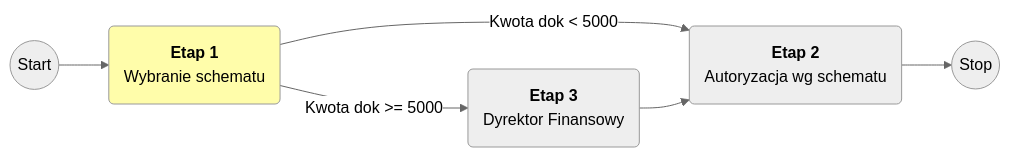
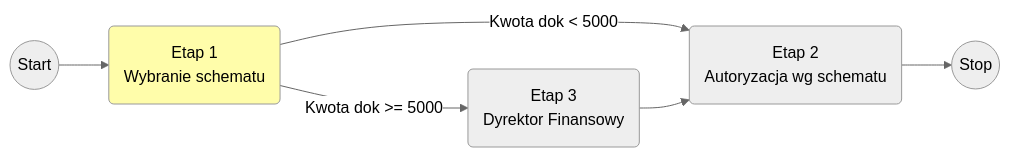
Before and after one commit to altabsa/SPUMA_Inf: the seventh of 9 diagrams in _docs/manual-reference.md, drawn with Mermaid (neutral theme). The commit also changed other lines of this file, not shown here.

````diff
--- a/_docs/manual-reference.md
+++ b/_docs/manual-reference.md
@@ -1488,9 +1489,9 @@
-```mermaid
-graph LR;
-start((Start))-->A(<strong>Etap 1</strong> <br/> Wybranie schematu)
-A-->|Kwota dok >= 5000| E(<b>Etap 3</b><br/>Dyrektor Finansowy)
-A-->|Kwota dok < 5000| D(<b>Etap 2</b><br/>Autoryzacja wg schematu)
-E-->D
-D-->stop((Stop))
-style A fill:#FFFDAA;
-```
+  <div class="mermaid">
+  graph LR;
+  start((Start))-->A(Etap 1<br/> Wybranie schematu)
+  A-->|Kwota dok >= 5000| E(Etap 3<br/>Dyrektor Finansowy)
+  A-->|Kwota dok < 5000| D(Etap 2<br/>Autoryzacja wg schematu)
+  E-->D
+  D-->stop((Stop))
+  style A fill:#FFFDAA;
+  </div>
````
